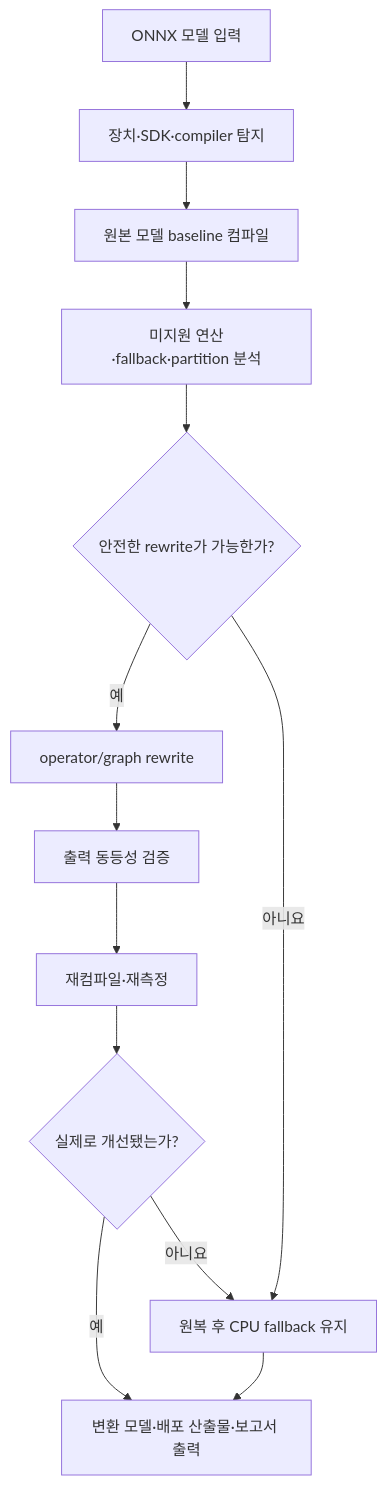
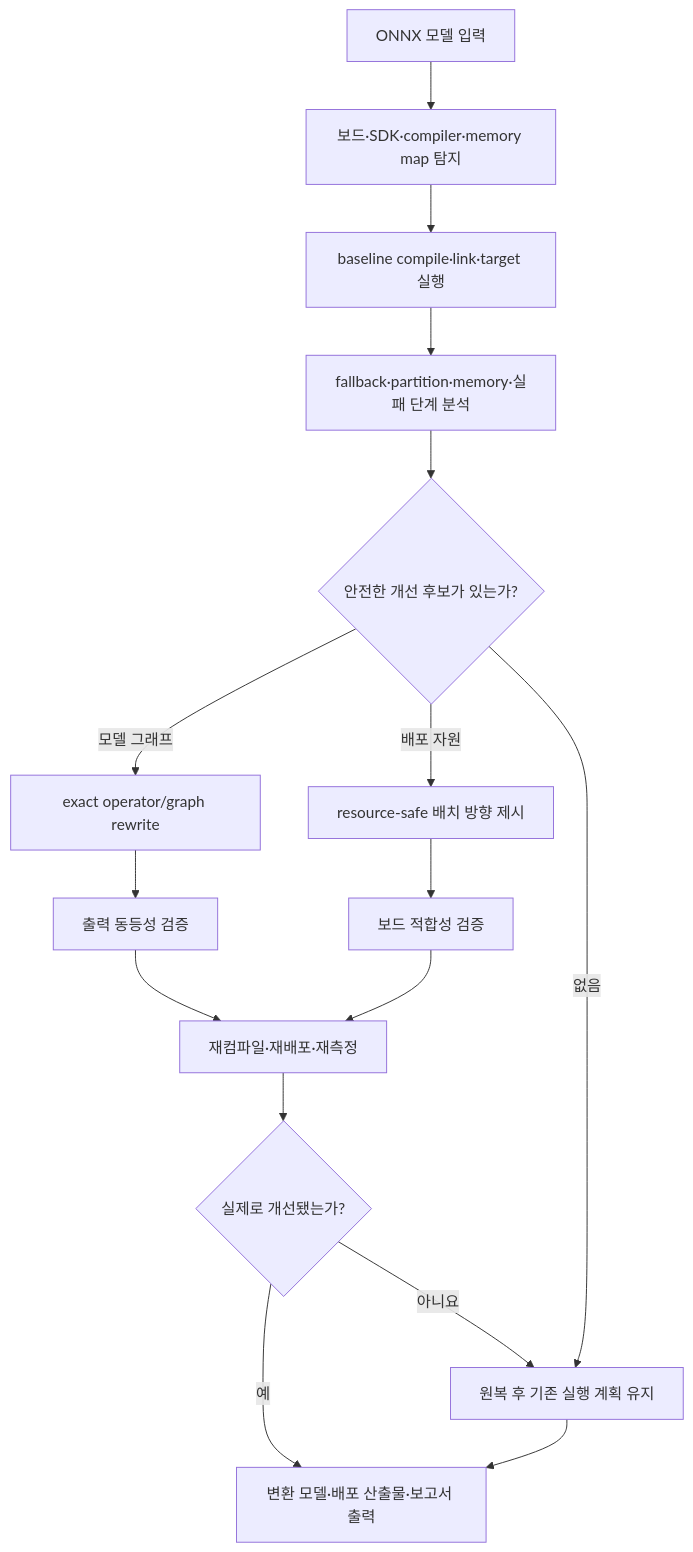
The diagram in README.md (Sensible-life/Accelerator-aware-Rewriting-and-Operator-compatible-Neural-Adaptation), drawn with Mermaid before and after one commit. The commit also changed other lines of this file and 11 other files, not shown here.

````diff
--- a/README.md
+++ b/README.md
@@ -33,15 +36,18 @@
 ```mermaid
 flowchart TD
-    A["ONNX 모델 입력"] --> B["장치·SDK·compiler 탐지"]
-    B --> C["원본 모델 baseline 컴파일"]
-    C --> D["미지원 연산·fallback·partition 분석"]
-    D --> E{"안전한 rewrite가 가능한가?"}
-    E -- "예" --> F["operator/graph rewrite"]
-    F --> G["출력 동등성 검증"]
-    G --> H["재컴파일·재측정"]
-    H --> I{"실제로 개선됐는가?"}
-    I -- "예" --> J["변환 모델·배포 산출물·보고서 출력"]
-    I -- "아니요" --> K["원복 후 CPU fallback 유지"]
-    E -- "아니요" --> K
-    K --> J
+    A["ONNX 모델 입력"] --> B["보드·SDK·compiler·memory map 탐지"]
+    B --> C["baseline compile·link·target 실행"]
+    C --> D["fallback·partition·memory·실패 단계 분석"]
+    D --> E{"안전한 개선 후보가 있는가?"}
+    E -- "모델 그래프" --> F["exact operator/graph rewrite"]
+    E -- "배포 자원" --> G["resource-safe 배치 방향 제시"]
+    F --> H["출력 동등성 검증"]
+    G --> I["보드 적합성 검증"]
+    H --> J["재컴파일·재배포·재측정"]
+    I --> J
+    J --> K{"실제로 개선됐는가?"}
+    K -- "예" --> L["변환 모델·배포 산출물·보고서 출력"]
+    K -- "아니요" --> M["원복 후 기존 실행 계획 유지"]
+    E -- "없음" --> M
+    M --> L
 ```
````
